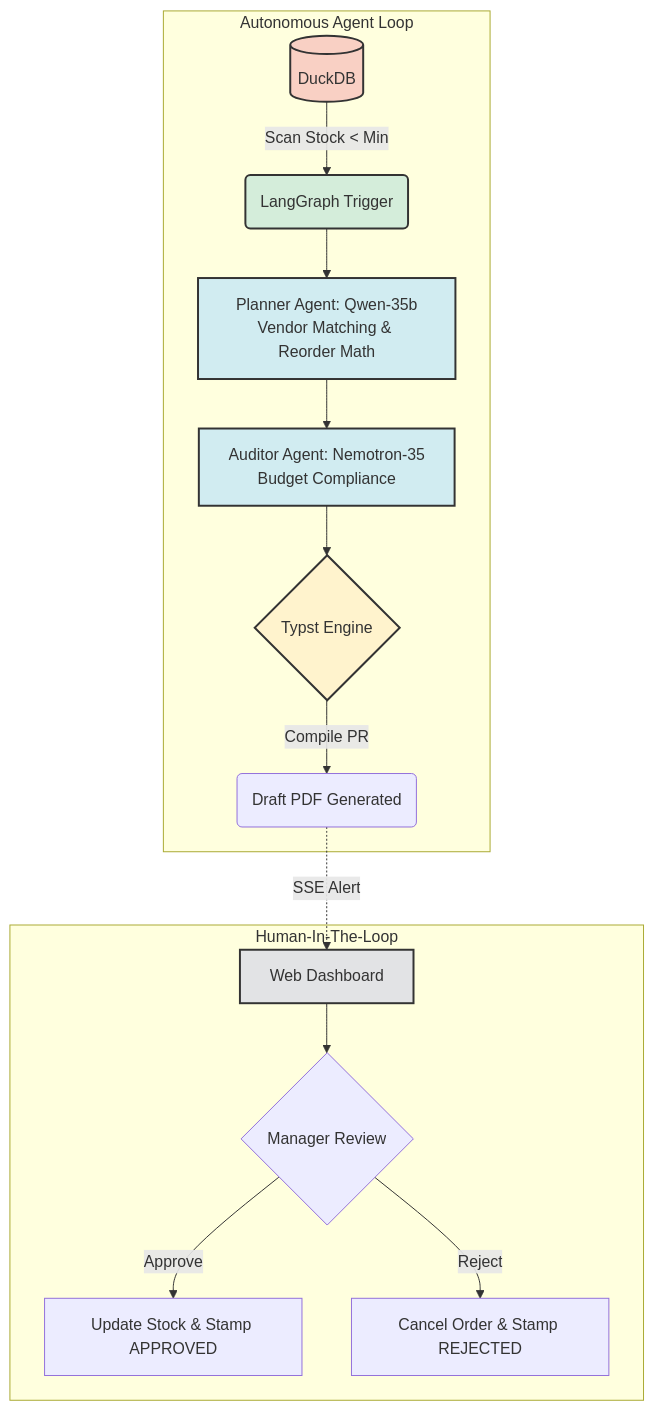
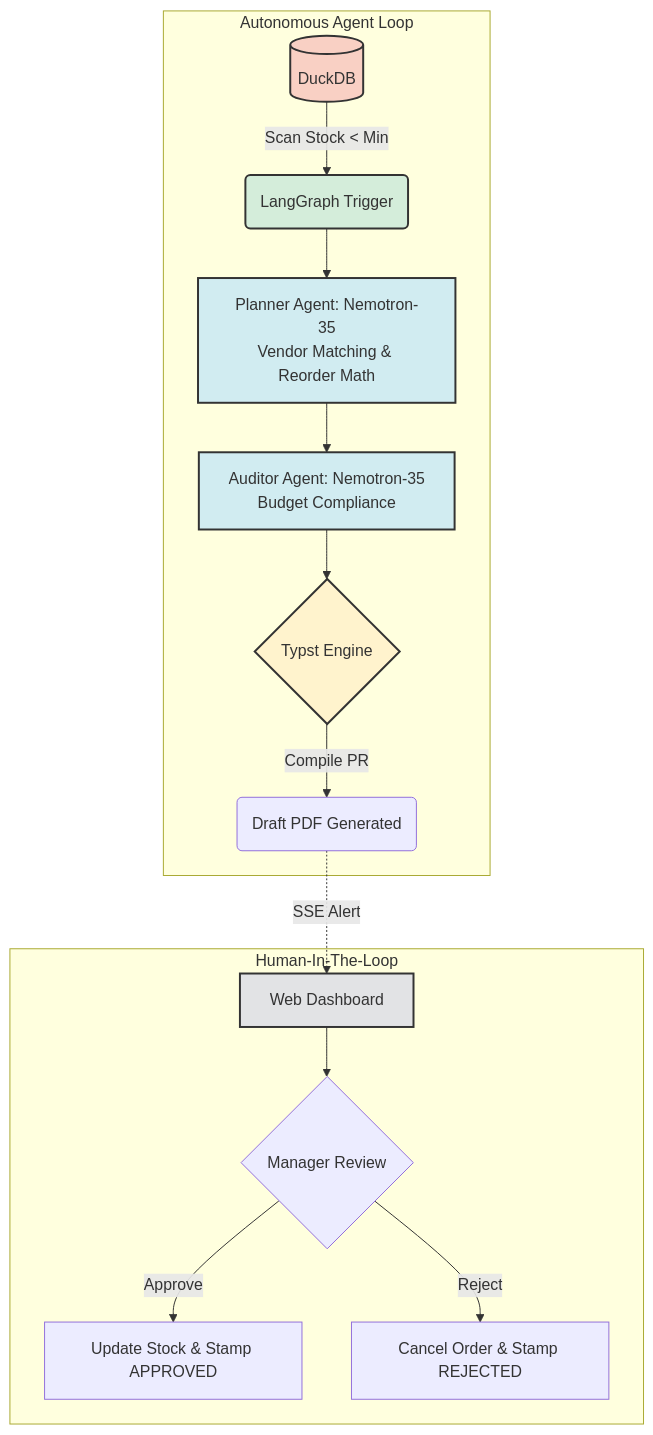
The diagram in README.md (daffaarigoh/AutoRestock-Agent), drawn with Mermaid before and after one commit. The commit also changed other lines of this file and 19 other files, not shown here.

````diff
--- a/README.md
+++ b/README.md
@@ -40,24 +40,24 @@
 ```mermaid
 flowchart TD
     subgraph Autonomous Agent Loop
         A[(DuckDB)] -->|Scan Stock < Min| B(LangGraph Trigger)
-        B --> C[Planner Agent: Qwen-35b<br/>Vendor Matching & Reorder Math]
+        B --> C[Planner Agent: Nemotron-35<br/>Vendor Matching & Reorder Math]
         C --> D[Auditor Agent: Nemotron-35<br/>Budget Compliance]
         D --> E{Typst Engine}
         E -->|Compile PR| F(Draft PDF Generated)
     end
     
     subgraph Human-In-The-Loop
         F -.->|SSE Alert| G[Web Dashboard]
         G --> H{Manager Review}
         H -->|Approve| I[Update Stock & Stamp APPROVED]
         H -->|Reject| J[Cancel Order & Stamp REJECTED]
     end
     
     style A fill:#f9d0c4,stroke:#333,stroke-width:2px
     style B fill:#d4edda,stroke:#333,stroke-width:2px
     style C fill:#d1ecf1,stroke:#333,stroke-width:2px
     style D fill:#d1ecf1,stroke:#333,stroke-width:2px
     style E fill:#fff3cd,stroke:#333,stroke-width:2px
     style G fill:#e2e3e5,stroke:#333,stroke-width:2px
 ```
````
